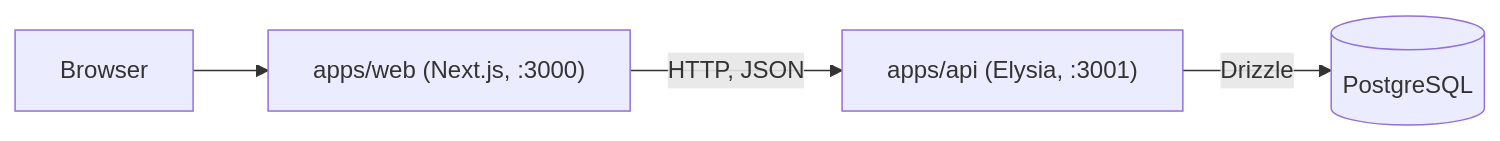
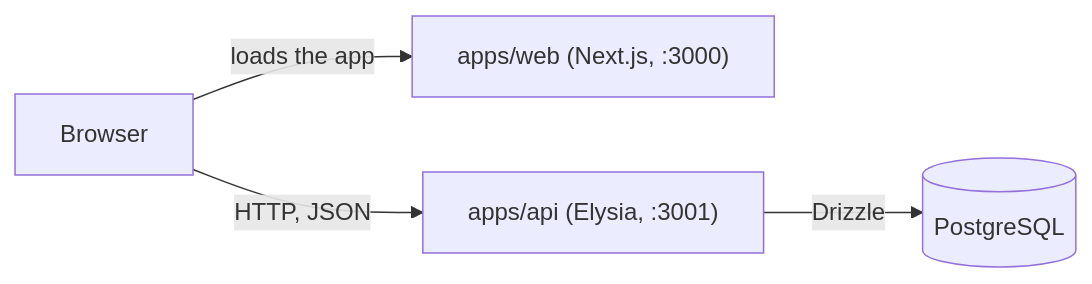
One commit to SinaSalimirad/sava-daily-drilling-report changed the diagram in docs/architecture/01-overview.md. Above: the diagram before and after it, drawn with Mermaid. The commit also changed other lines of this file and 7 other files, not shown here.

Commit message:
Fetch API status from the browser and enable CORS

````diff
--- a/docs/architecture/01-overview.md
+++ b/docs/architecture/01-overview.md
@@ -20,6 +20,6 @@
 ```mermaid
 flowchart LR
-  Browser --> Web["apps/web (Next.js, :3000)"]
-  Web -->|HTTP, JSON| Api["apps/api (Elysia, :3001)"]
+  Browser -->|loads the app| Web["apps/web (Next.js, :3000)"]
+  Browser -->|HTTP, JSON| Api["apps/api (Elysia, :3001)"]
   Api -->|Drizzle| Db[(PostgreSQL)]
 ```
````
